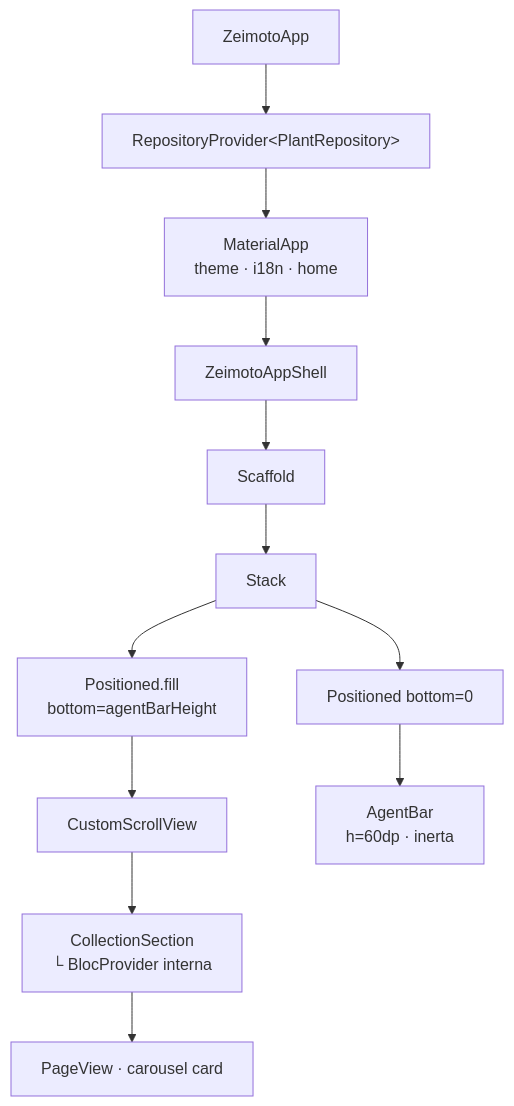
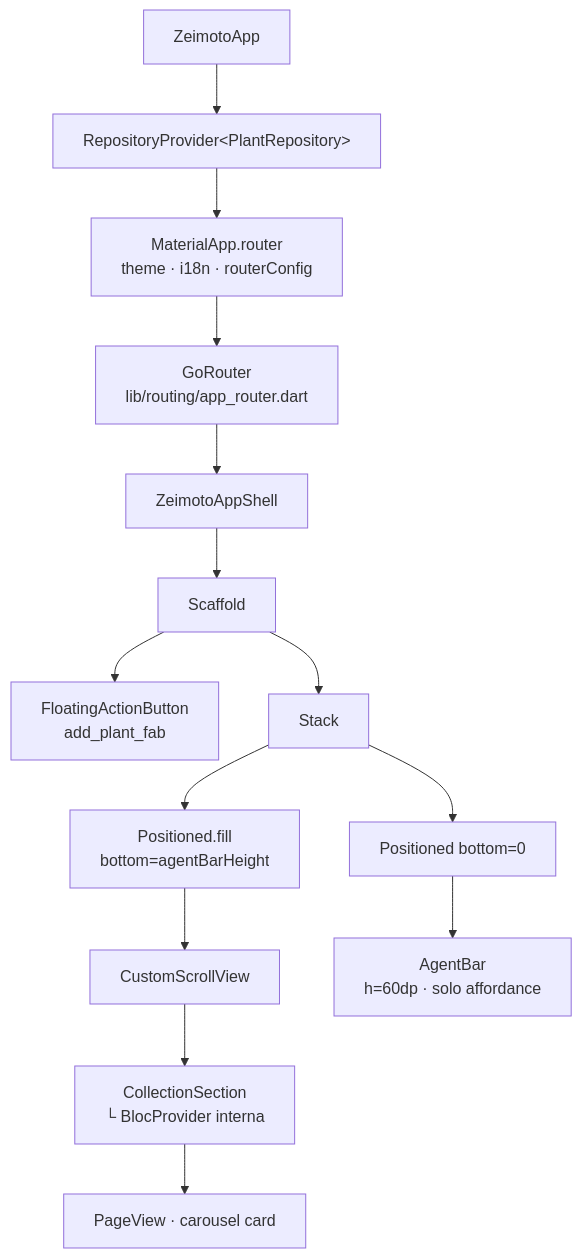
Before and after one commit to FedericoLaggiard/zeimoto: the diagram in docs/app_shell/feature_it.md, drawn with Mermaid. The commit also changed other lines of this file and 3 other files, not shown here.

First line of the commit message:
docs: update app_shell and architecture docs for A6 changes

````diff
--- a/docs/app_shell/feature_it.md
+++ b/docs/app_shell/feature_it.md
@@ -9,14 +9,16 @@
 ```mermaid
 graph TD
     ZeimotoApp --> RP[RepositoryProvider&lt;PlantRepository&gt;]
-    RP --> MA[MaterialApp\ntheme · i18n · home]
-    MA --> ZAS[ZeimotoAppShell]
+    RP --> MAR[MaterialApp.router\ntheme · i18n · routerConfig]
+    MAR --> GR[GoRouter\nlib/routing/app_router.dart]
+    GR --> ZAS[ZeimotoAppShell]
     ZAS --> Scaffold
+    Scaffold --> FAB[FloatingActionButton\nadd_plant_fab]
     Scaffold --> Stack
     Stack --> PF[Positioned.fill\nbottom=agentBarHeight]
     Stack --> PB[Positioned bottom=0]
     PF --> CSV[CustomScrollView]
     CSV --> CS[CollectionSection\n└ BlocProvider interna]
     CS --> PV[PageView · carousel card]
-    PB --> AB[AgentBar\nh=60dp · inerta]
+    PB --> AB[AgentBar\nh=60dp · solo affordance]
 ```
````
